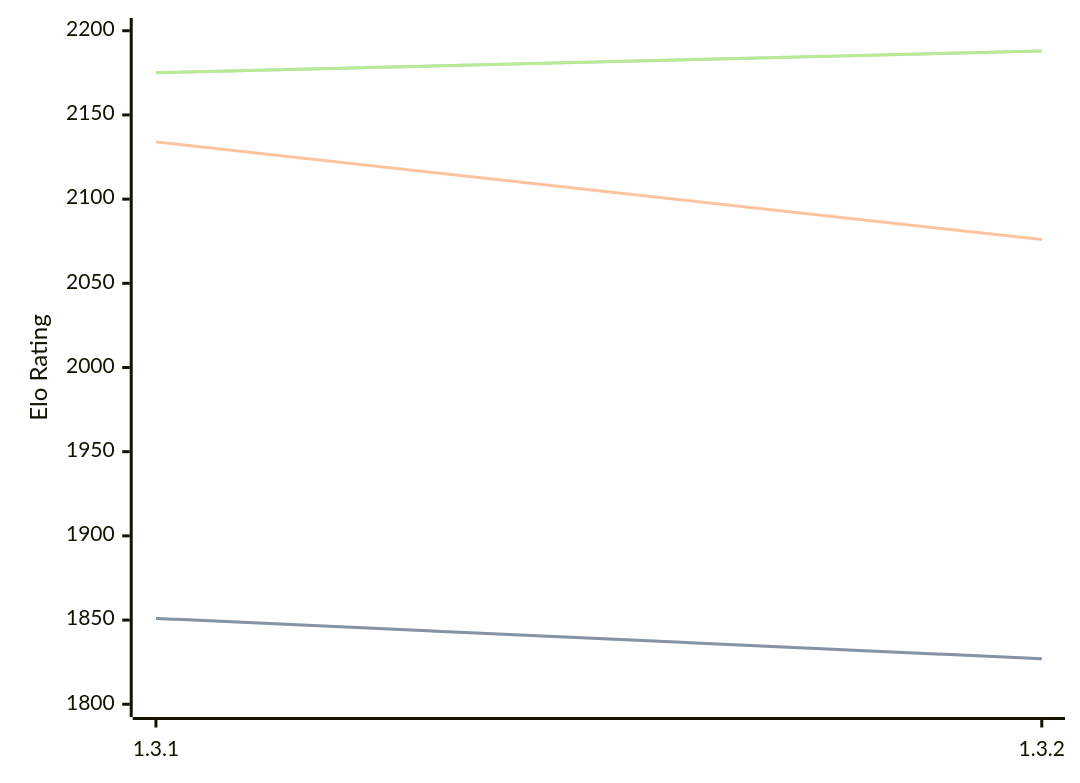
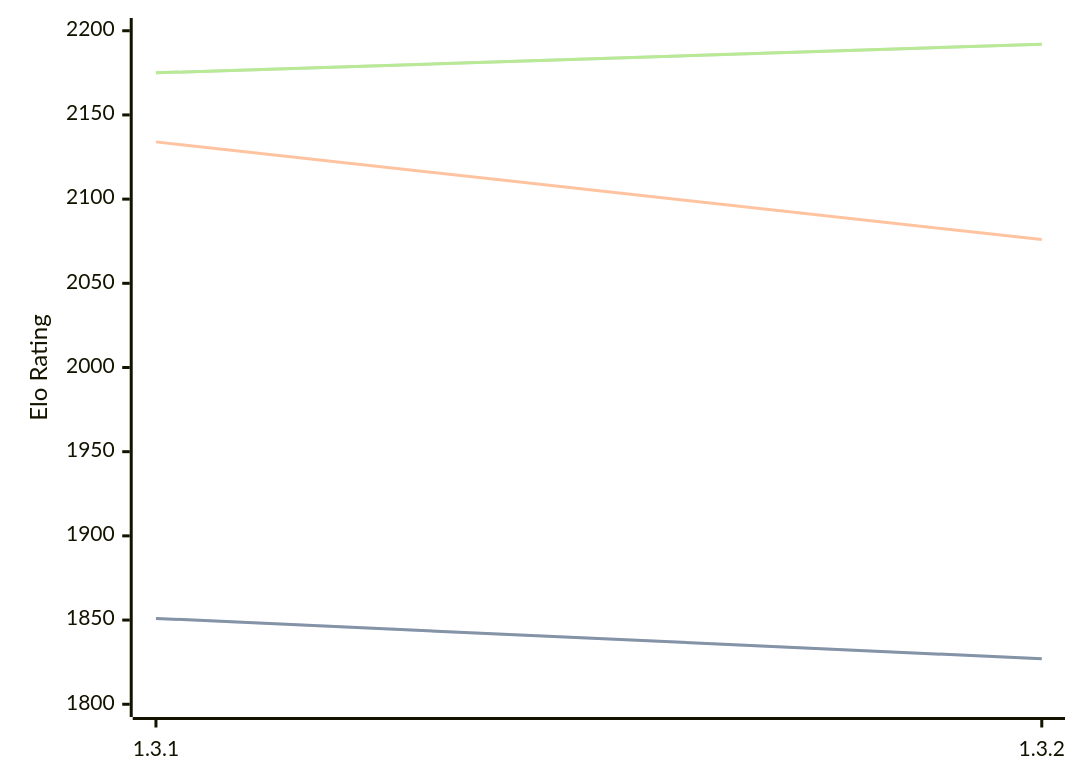
The third of 3 diagrams in engines/Zugblitz.md (computer-chess-index/cci), drawn with Mermaid before and after one commit. The commit also changed other lines of this file, not shown here.

Commit message:
Update CCI Ratings (ELO VLTC) - 2026-07-06

````diff
--- a/engines/Zugblitz.md
+++ b/engines/Zugblitz.md
@@ -65,11 +65,11 @@
 ```mermaid
 %%{init: {"theme":"base","themeVariables":{"seriesColors:['#a3a3a3','#222221','#faa371']}}}%%
 xychart-beta
   x-axis ["1.3.1", "1.3.2"]
   y-axis "Elo Rating" 1800 --> 2200
   line "STC (8.0+0.08s)" [1851, 1827]
   line "STC (8.0+0.08s)" [1851, 1827]
   line "LTC (60.0+0.60s)" [2134, 2076]
-  line "VLTC (2m24s+1.12s)" [2175, 2188]
-  line "VLTC (2m24s+1.12s)" [2175, 2188]
+  line "VLTC (2m24s+1.12s)" [2175, 2192]
+  line "VLTC (2m24s+1.12s)" [2175, 2192]
 ```
````
